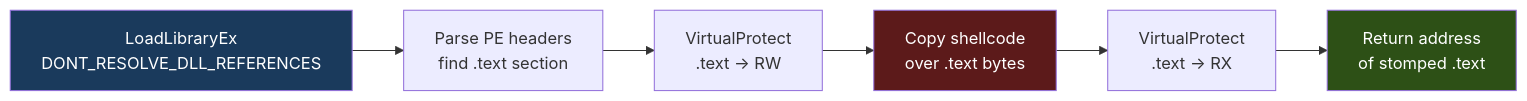
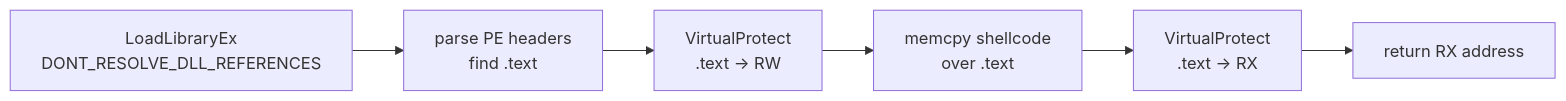
One commit to oioio-space/maldev changed the diagram in docs/techniques/injection/module-stomping.md. Above: the diagram before and after it, drawn with Mermaid. The commit also changed other lines of this file and 3 other files, not shown here.

````diff
--- a/docs/techniques/injection/module-stomping.md
+++ b/docs/techniques/injection/module-stomping.md
@@ -15,12 +39,8 @@
 ```mermaid
 flowchart LR
-    A[LoadLibraryEx\nDONT_RESOLVE_DLL_REFERENCES] --> B[Parse PE headers\nfind .text section]
-    B --> C[VirtualProtect\n.text → RW]
-    C --> D[Copy shellcode\nover .text bytes]
-    D --> E[VirtualProtect\n.text → RX]
-    E --> F[Return address\nof stomped .text]
-
-    style A fill:#1a3a5c,color:#fff
-    style D fill:#5c1a1a,color:#fff
-    style F fill:#2d5016,color:#fff
+    A[LoadLibraryEx<br/>DONT_RESOLVE_DLL_REFERENCES] --> B[parse PE headers<br/>find .text]
+    B --> C[VirtualProtect<br/>.text → RW]
+    C --> D[memcpy shellcode<br/>over .text]
+    D --> E[VirtualProtect<br/>.text → RX]
+    E --> F[return RX address]
 ```
````
